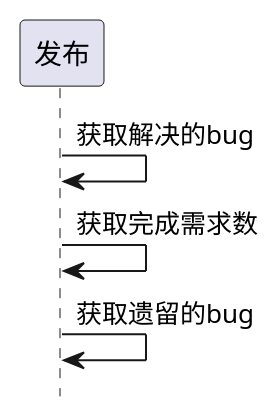
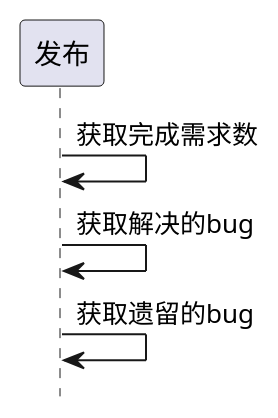
The second of 2 diagrams in ibizpms-docs/src/main/doc/v1/module/zentao/Release_old.md (goblinln/iBizPMS), drawn with PlantUML before and after one commit. The commit also changed other lines of this file and 230 other files, not shown here.

```diff
--- a/ibizpms-docs/src/main/doc/v1/module/zentao/Release_old.md
+++ b/ibizpms-docs/src/main/doc/v1/module/zentao/Release_old.md
@@ -114,7 +114,7 @@
 {% plantuml %}
 hide footbox
 
+发布 -> 发布: 获取完成需求数
 发布 -> 发布: 获取解决的bug
-发布 -> 发布: 获取完成需求数
 发布 -> 发布: 获取遗留的bug
 {% endplantuml %}
```
